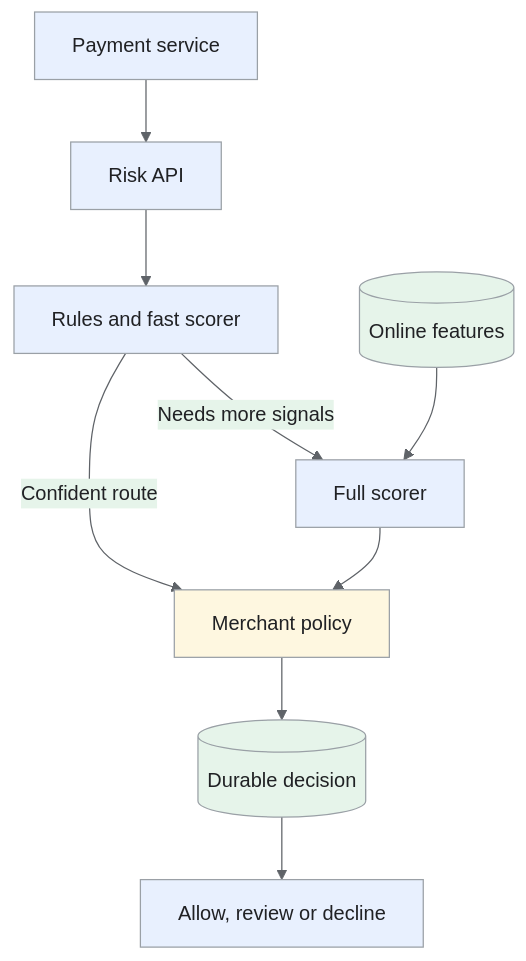
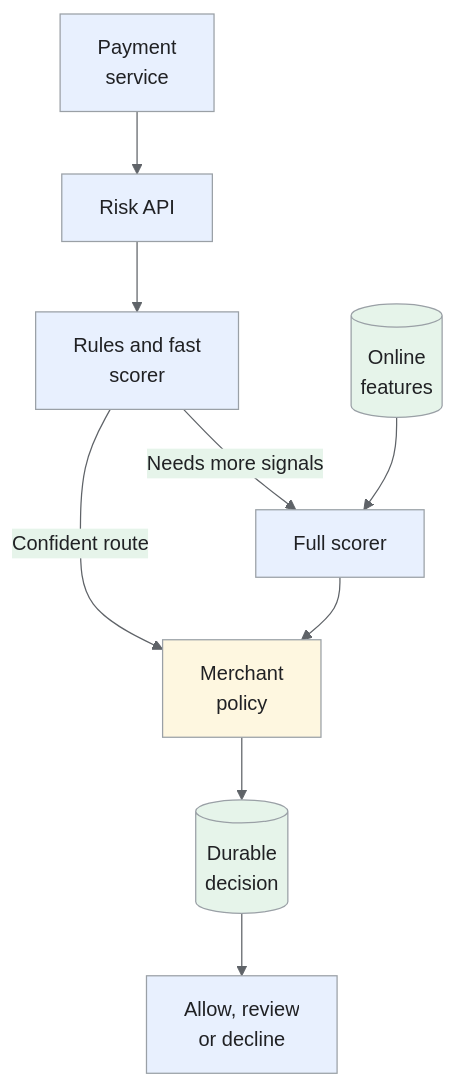
Before and after one commit to iliazlobin/iliazlobin.github.io: the first of 6 diagrams in _designs/system-design-ml-fraud-detection.md, drawn with Mermaid. The commit also changed other lines of this file and 116 other files, not shown here.

````diff
--- a/_designs/system-design-ml-fraud-detection.md
+++ b/_designs/system-design-ml-fraud-detection.md
@@ -145,19 +145,19 @@
 ```mermaid
 %%{init: {'theme':'base','themeVariables':{'primaryColor':'#e8f0fe','primaryTextColor':'#202124','primaryBorderColor':'#9aa0a6','lineColor':'#5f6368','secondaryColor':'#e6f4ea','tertiaryColor':'#fef7e0','actorBkg':'#e8f0fe','actorBorder':'#9aa0a6','actorTextColor':'#202124','noteBkgColor':'#fef7e0','noteTextColor':'#202124','noteBorderColor':'#9aa0a6','signalColor':'#5f6368','signalTextColor':'#202124','labelBoxBkgColor':'#fef7e0','labelBoxBorderColor':'#9aa0a6'}}}%%
 flowchart TB
-    P["Payment service"] --> API["Risk API"]
-    API --> FAST["Rules and fast scorer"]
+    P["Payment<br>service"] --> API["Risk API"]
+    API --> FAST["Rules and fast<br>scorer"]
     FAST -->|"Needs more signals"| FULL["Full scorer"]
-    FAST -->|"Confident route"| POLICY["Merchant policy"]
+    FAST -->|"Confident route"| POLICY["Merchant<br>policy"]
     FULL --> POLICY
-    F[("Online features")] --> FULL
-    POLICY --> D[("Durable decision")]
-    D --> OUT["Allow, review or decline"]
+    F[("Online<br>features")] --> FULL
+    POLICY --> D[("Durable<br>decision")]
+    D --> OUT["Allow, review<br>or decline"]
 classDef request fill:#e8f0fe,stroke:#9aa0a6,color:#202124;
 classDef data fill:#e6f4ea,stroke:#9aa0a6,color:#202124;
 classDef control fill:#fef7e0,stroke:#9aa0a6,color:#202124;
 class P,API,FAST,FULL,OUT request;
 class F,D data;
 class POLICY control;
 
 ```
````
